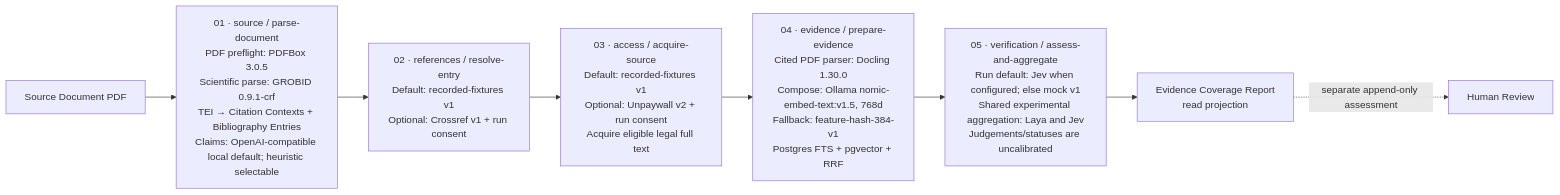
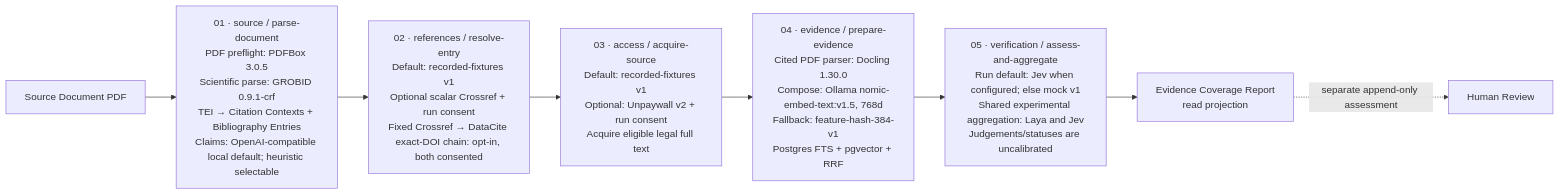
Before and after one commit to arrokh/paper-t-rail: the first of 2 diagrams in docs/pipeline-feature-matrix.md, drawn with Mermaid. The commit also changed other lines of this file and 118 other files, not shown here.

````diff
--- a/docs/pipeline-feature-matrix.md
+++ b/docs/pipeline-feature-matrix.md
@@ -23,10 +23,10 @@
 ```mermaid
 flowchart LR
     PDF["Source Document PDF"] --> S1
     S1["01 · source / parse-document<br/>PDF preflight: PDFBox 3.0.5<br/>Scientific parse: GROBID 0.9.1-crf<br/>TEI → Citation Contexts + Bibliography Entries<br/>Claims: OpenAI-compatible local default; heuristic selectable"] --> S2
-    S2["02 · references / resolve-entry<br/>Default: recorded-fixtures v1<br/>Optional: Crossref v1 + run consent"] --> S3
+    S2["02 · references / resolve-entry<br/>Default: recorded-fixtures v1<br/>Optional scalar Crossref + run consent<br/>Fixed Crossref → DataCite exact-DOI chain: opt-in, both consented"] --> S3
     S3["03 · access / acquire-source<br/>Default: recorded-fixtures v1<br/>Optional: Unpaywall v2 + run consent<br/>Acquire eligible legal full text"] --> S4
     S4["04 · evidence / prepare-evidence<br/>Cited PDF parser: Docling 1.30.0<br/>Compose: Ollama nomic-embed-text:v1.5, 768d<br/>Fallback: feature-hash-384-v1<br/>Postgres FTS + pgvector + RRF"] --> S5
     S5["05 · verification / assess-and-aggregate<br/>Run default: Jev when configured; else mock v1<br/>Shared experimental aggregation: Laya and Jev<br/>Judgements/statuses are uncalibrated"] --> REPORT["Evidence Coverage Report<br/>read projection"]
     REPORT -. separate append-only assessment .-> REVIEW["Human Review"]
 ```
````
